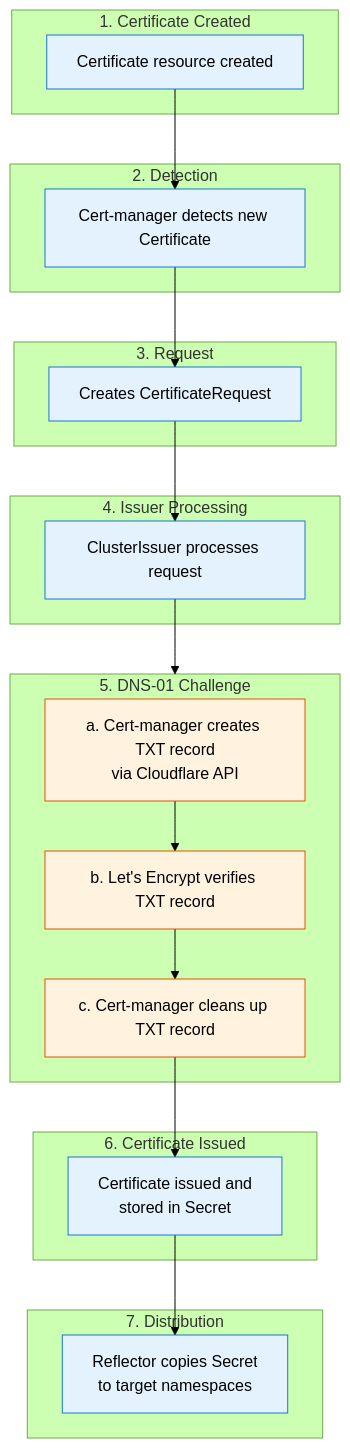
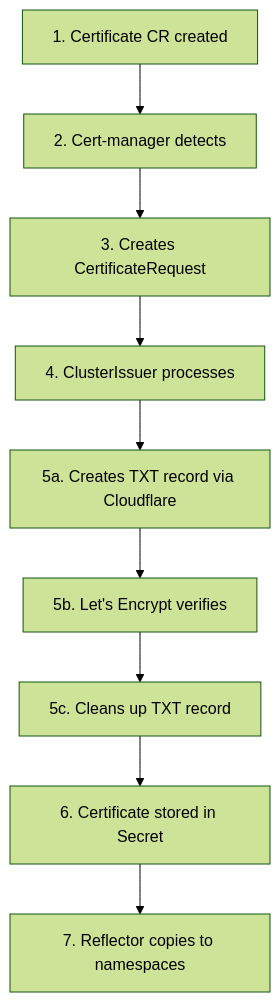
The second of 2 diagrams in docs/cert-manager.md (aalexx-le/duli-infrastructure), drawn with Mermaid (forest theme) before and after one commit. The commit also changed other lines of this file and 7 other files, not shown here.

Commit message:
Fix: postgres-instance Chart.yaml indentation and keycloak-instance secret reference

````diff
--- a/docs/cert-manager.md
+++ b/docs/cert-manager.md
@@ -317,48 +238,11 @@
 ```mermaid
 flowchart TD
-    subgraph Step1["1. Certificate Created"]
-        CREATE["Certificate resource created"]
-    end
-    
-    subgraph Step2["2. Detection"]
-        DETECT["Cert-manager detects new Certificate"]
-    end
-    
-    subgraph Step3["3. Request"]
-        REQUEST["Creates CertificateRequest"]
-    end
-    
-    subgraph Step4["4. Issuer Processing"]
-        ISSUER["ClusterIssuer processes request"]
-    end
-    
-    subgraph Step5["5. DNS-01 Challenge"]
-        TXT["a. Cert-manager creates TXT record<br/>via Cloudflare API"]
-        VERIFY["b. Let's Encrypt verifies TXT record"]
-        CLEANUP["c. Cert-manager cleans up TXT record"]
-        
-        TXT --> VERIFY
-        VERIFY --> CLEANUP
-    end
-    
-    subgraph Step6["6. Certificate Issued"]
-        STORE["Certificate issued and<br/>stored in Secret"]
-    end
-    
-    subgraph Step7["7. Distribution"]
-        REFLECT["Reflector copies Secret<br/>to target namespaces"]
-    end
-    
-    CREATE --> DETECT
-    DETECT --> REQUEST
-    REQUEST --> ISSUER
-    ISSUER --> Step5
-    CLEANUP --> STORE
-    STORE --> REFLECT
-    
-    classDef step fill:#e3f2fd,stroke:#1976d2,color:#000
-    classDef challenge fill:#fff3e0,stroke:#e65100,color:#000
-    
-    class CREATE,DETECT,REQUEST,ISSUER,STORE,REFLECT step
-    class TXT,VERIFY,CLEANUP challenge
+    CREATE["1. Certificate CR created"] --> DETECT["2. Cert-manager detects"]
+    DETECT --> REQUEST["3. Creates CertificateRequest"]
+    REQUEST --> ISSUER["4. ClusterIssuer processes"]
+    ISSUER --> TXT["5a. Creates TXT record via Cloudflare"]
+    TXT --> VERIFY["5b. Let's Encrypt verifies"]
+    VERIFY --> CLEANUP["5c. Cleans up TXT record"]
+    CLEANUP --> STORE["6. Certificate stored in Secret"]
+    STORE --> REFLECT["7. Reflector copies to namespaces"]
 ```
````
